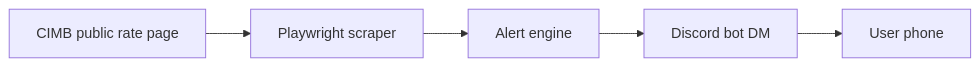
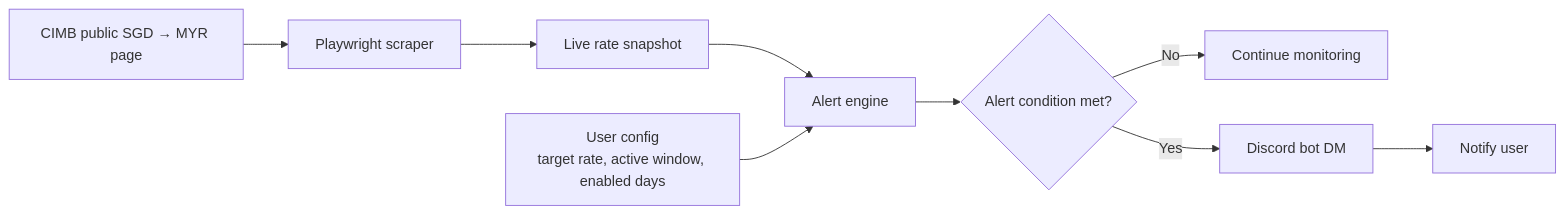
One commit to weewooweewooo/cimb-rate-sgd-myr changed the diagram in README.md. Above: the diagram before and after it, drawn with Mermaid.

Commit message:
Improve architecture diagram details

````diff
--- a/README.md
+++ b/README.md
@@ -46,7 +46,13 @@
 ```mermaid
 flowchart LR
-    A[CIMB public rate page] --> B[Playwright scraper]
-    B --> C[Alert engine]
-    C --> D[Discord bot DM]
-    D --> E[User phone]
+    A[CIMB public SGD → MYR page] --> B[Playwright scraper]
+    B --> C[Live rate snapshot]
+    C --> D[Alert engine]
+
+    U[User config<br/>target rate, active window, enabled days] --> D
+
+    D --> E{Alert condition met?}
+    E -- No --> F[Continue monitoring]
+    E -- Yes --> G[Discord bot DM]
+    G --> H[Notify user]
 ```
````
